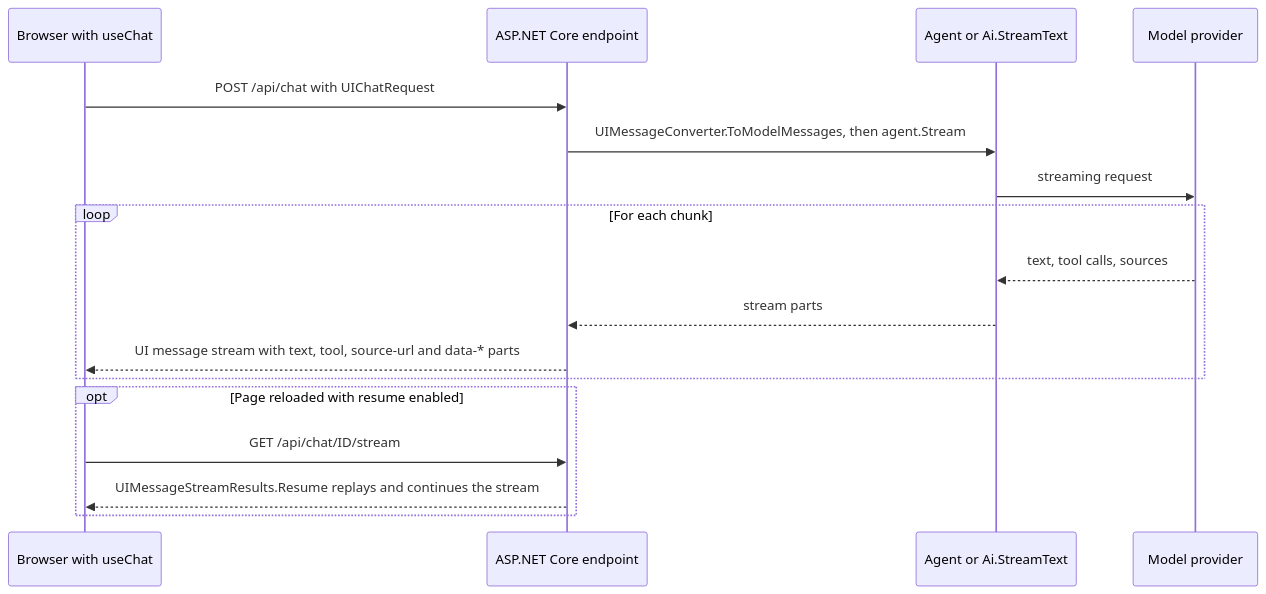
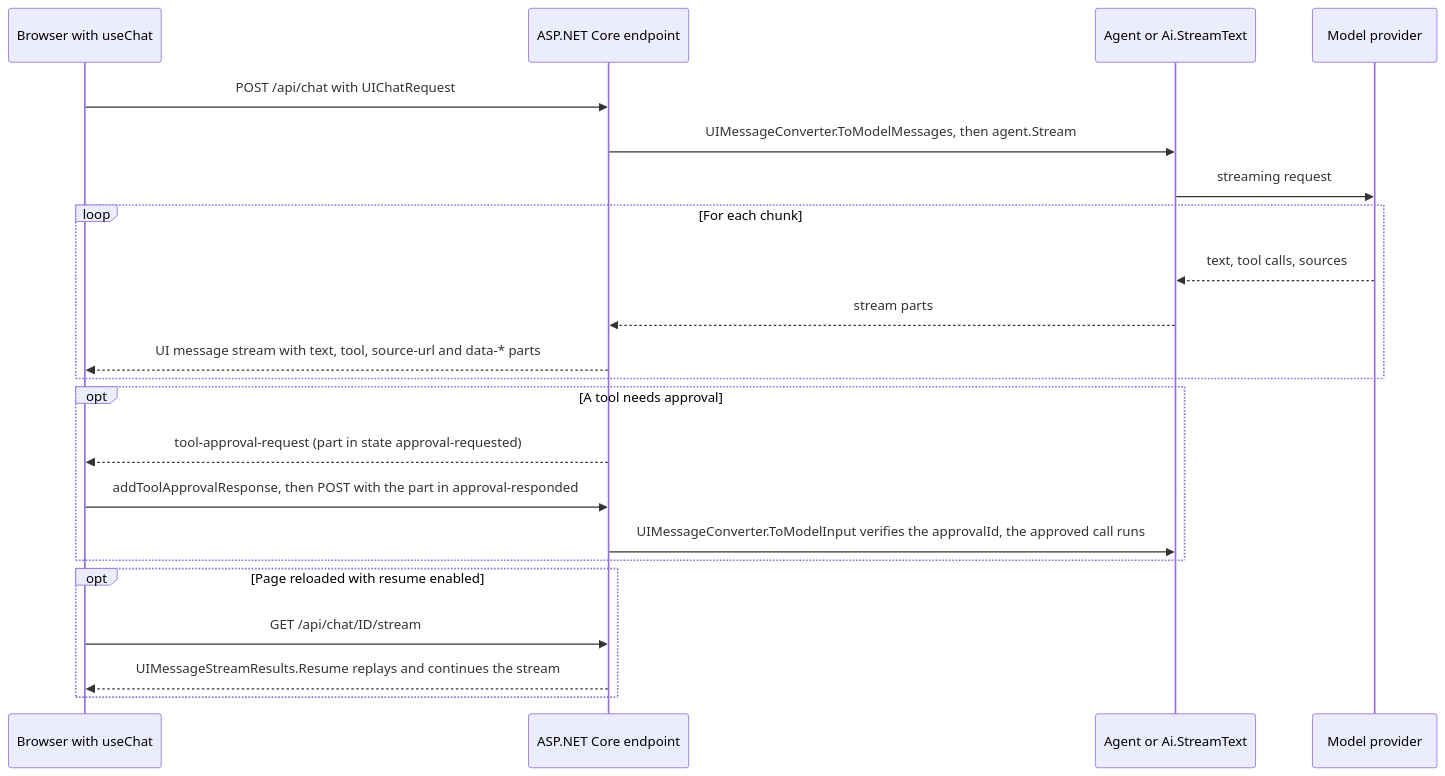
Before and after one commit to bluesmilecl/AiSdk.Net: the diagram in docs/wiki/ASP.NET-Core-and-useChat.md, drawn with Mermaid. The commit also changed other lines of this file and 6 other files, not shown here.

````diff
--- a/docs/wiki/ASP.NET-Core-and-useChat.md
+++ b/docs/wiki/ASP.NET-Core-and-useChat.md
@@ -5,19 +5,24 @@
 ```mermaid
 sequenceDiagram
     participant UI as Browser with useChat
     participant API as ASP.NET Core endpoint
     participant Agent as Agent or Ai.StreamText
     participant LLM as Model provider
     UI->>API: POST /api/chat with UIChatRequest
     API->>Agent: UIMessageConverter.ToModelMessages, then agent.Stream
     Agent->>LLM: streaming request
     loop For each chunk
         LLM-->>Agent: text, tool calls, sources
         Agent-->>API: stream parts
         API-->>UI: UI message stream with text, tool, source-url and data-* parts
     end
+    opt A tool needs approval
+        API-->>UI: tool-approval-request (part in state approval-requested)
+        UI->>API: addToolApprovalResponse, then POST with the part in approval-responded
+        API->>Agent: UIMessageConverter.ToModelInput verifies the approvalId, the approved call runs
+    end
     opt Page reloaded with resume enabled
         UI->>API: GET /api/chat/ID/stream
         API-->>UI: UIMessageStreamResults.Resume replays and continues the stream
     end
 ```
````
